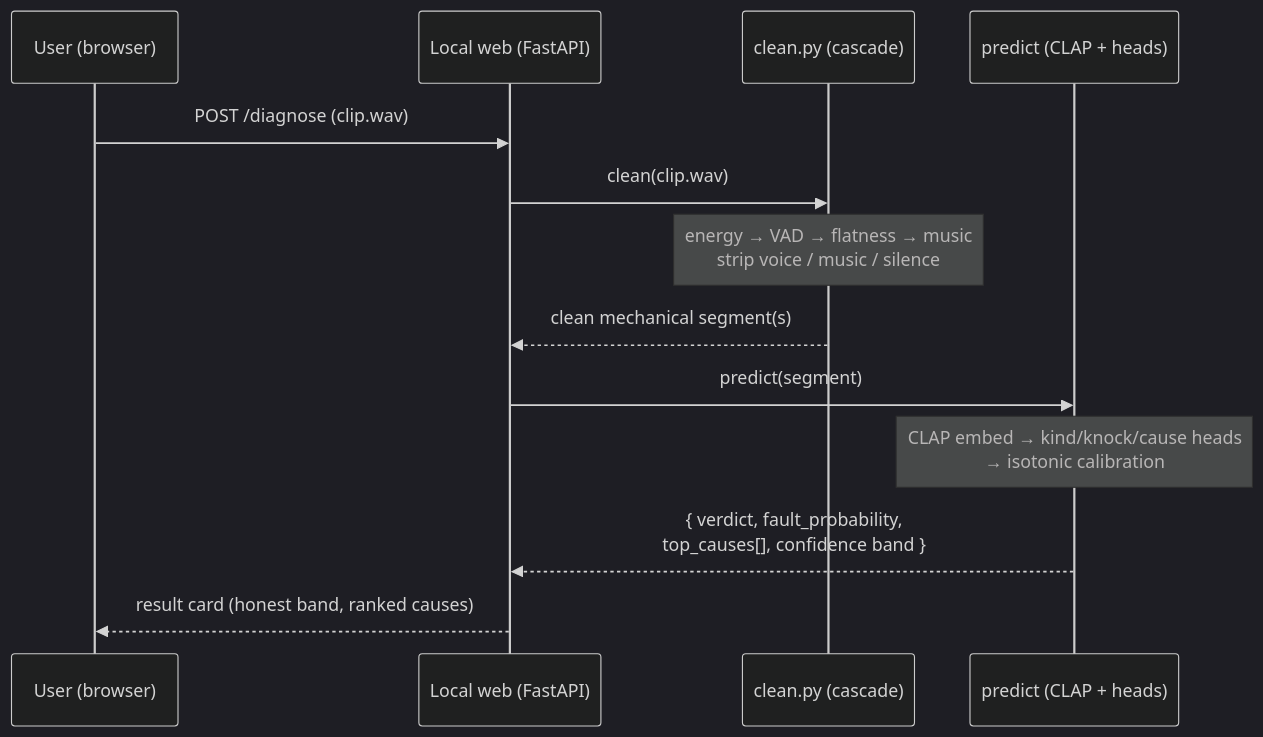
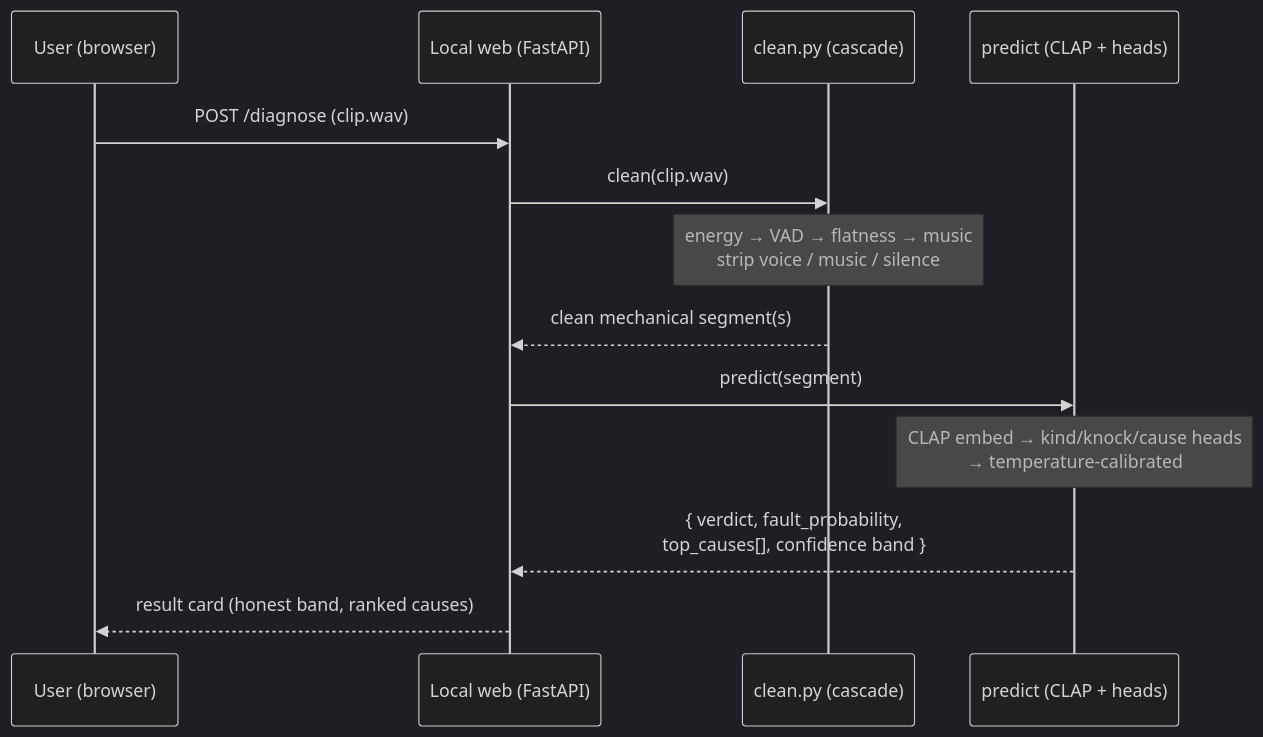
The seventh of 7 diagrams in docs/architecture.md (adam-s/car-diagnosis), drawn with Mermaid (dark theme) before and after one commit. The commit also changed other lines of this file, not shown here.

Commit message:
Docs: fix stale architecture.md (temperature not isotonic; real paths; 12 not 24 part families)

````diff
--- a/docs/architecture.md
+++ b/docs/architecture.md
@@ -187,16 +187,16 @@
 ```mermaid
 sequenceDiagram
     participant U as User (browser)
     participant W as Local web (FastAPI)
     participant CL as clean.py (cascade)
     participant P as predict (CLAP + heads)
 
     U->>W: POST /diagnose  (clip.wav)
     W->>CL: clean(clip.wav)
     Note over CL: energy → VAD → flatness → music<br/>strip voice / music / silence
     CL-->>W: clean mechanical segment(s)
     W->>P: predict(segment)
-    Note over P: CLAP embed → kind/knock/cause heads<br/>→ isotonic calibration
+    Note over P: CLAP embed → kind/knock/cause heads<br/>→ temperature-calibrated
     P-->>W: { verdict, fault_probability,<br/>top_causes[], confidence band }
     W-->>U: result card (honest band, ranked causes)
 ```
````
